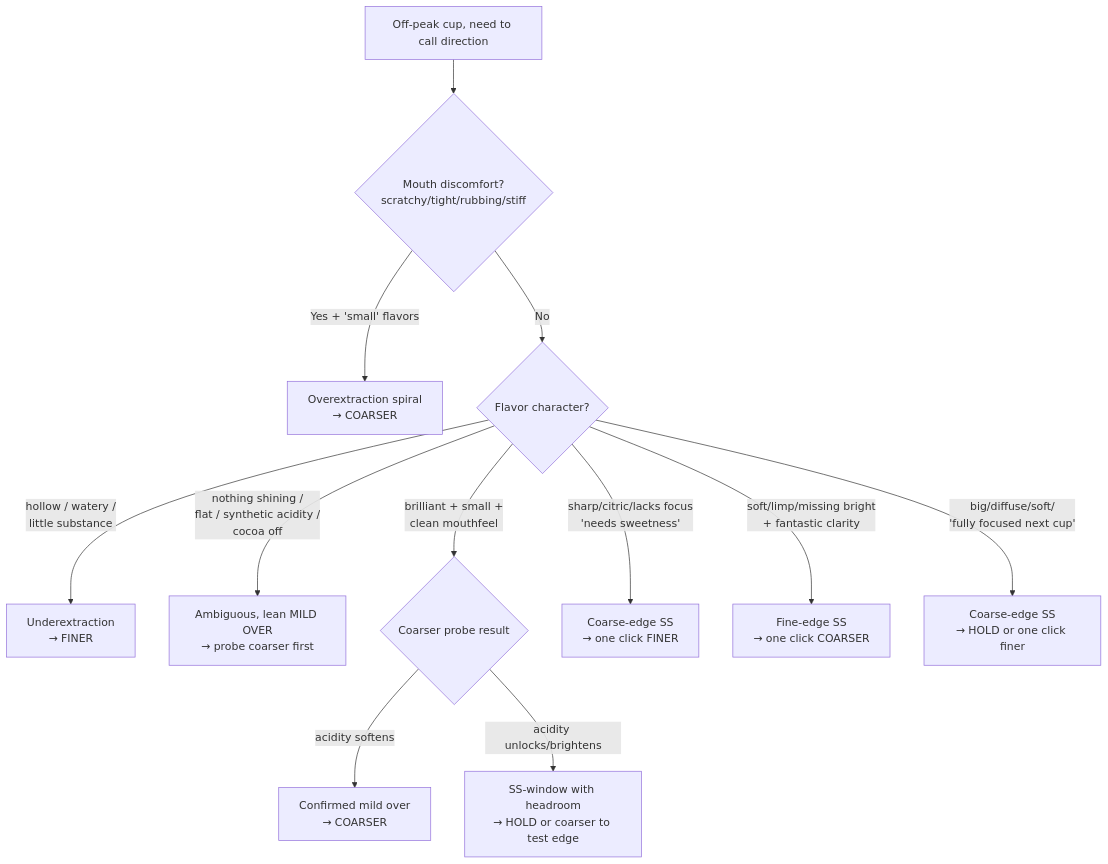
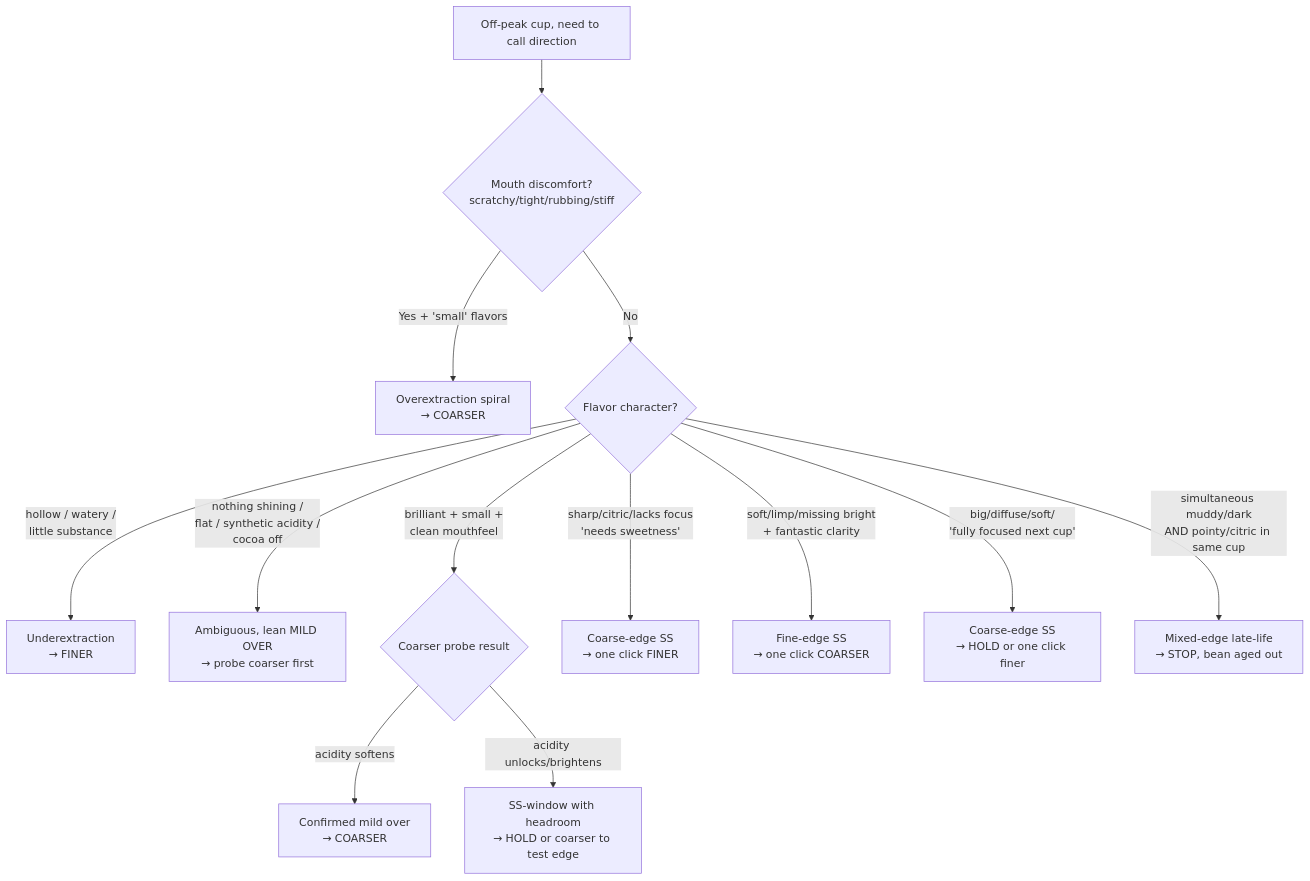
One commit to manuscriptmastr/coffee-journal changed the fifth of 6 diagrams in joshua-martin/profile.md. Above: the diagram before and after it, drawn with Mermaid. The commit also changed other lines of this file and 1 other file, not shown here.

Commit message:
Fold Day 32 Paraiso/Pena learnings into profile (vocabulary, bias-noise rule, late-life acceleration flag)

````diff
--- a/joshua-martin/profile.md
+++ b/joshua-martin/profile.md
@@ -330,14 +334,15 @@
 ```mermaid
 flowchart TD
     A[Off-peak cup, need to call direction] --> B{Mouth discomfort?<br/>scratchy/tight/rubbing/stiff}
     B -->|Yes + 'small' flavors| C[Overextraction spiral<br/>→ COARSER]
     B -->|No| D{Flavor character?}
     D -->|hollow / watery /<br/>little substance| E[Underextraction<br/>→ FINER]
     D -->|nothing shining /<br/>flat / synthetic acidity /<br/>cocoa off| F[Ambiguous, lean MILD OVER<br/>→ probe coarser first]
     D -->|brilliant + small +<br/>clean mouthfeel| G{Coarser probe result}
     G -->|acidity softens| H[Confirmed mild over<br/>→ COARSER]
     G -->|acidity unlocks/brightens| I[SS-window with headroom<br/>→ HOLD or coarser to test edge]
     D -->|sharp/citric/lacks focus<br/>'needs sweetness'| J[Coarse-edge SS<br/>→ one click FINER]
     D -->|soft/limp/missing bright<br/>+ fantastic clarity| K[Fine-edge SS<br/>→ one click COARSER]
     D -->|big/diffuse/soft/<br/>'fully focused next cup'| L[Coarse-edge SS<br/>→ HOLD or one click finer]
+    D -->|simultaneous muddy/dark<br/>AND pointy/citric in same cup| M[Mixed-edge late-life<br/>→ STOP, bean aged out]
 ```
````
